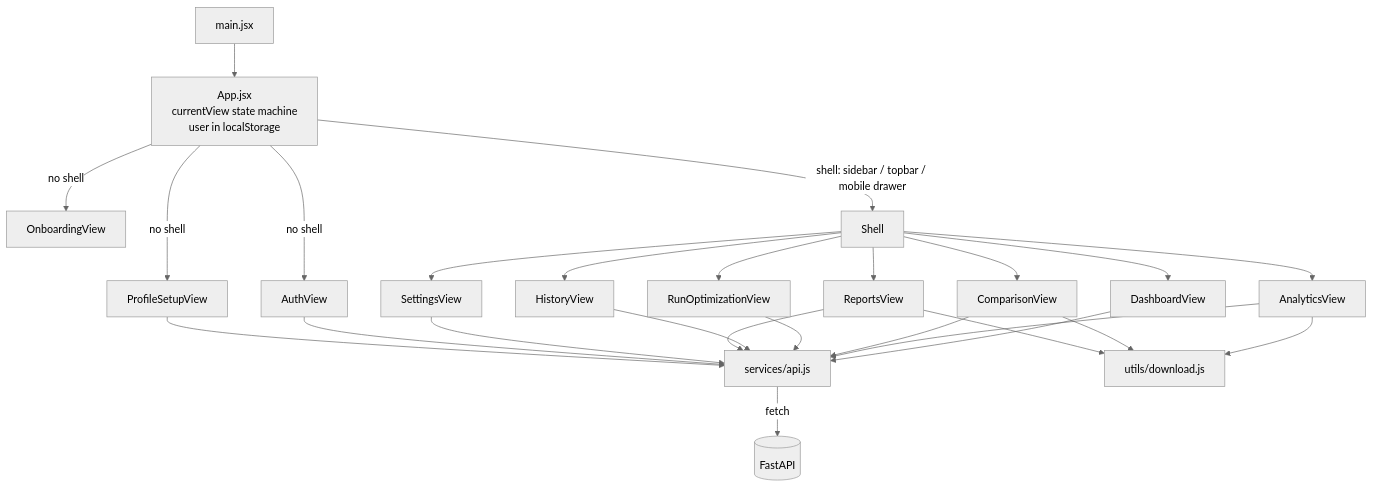
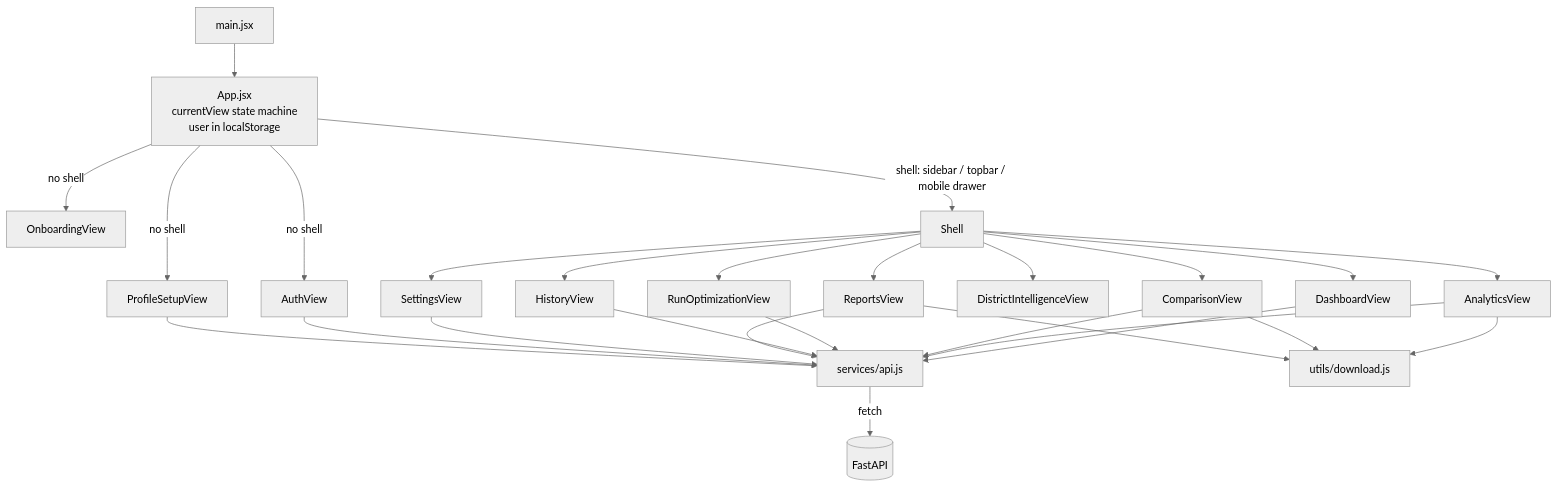
The fourth of 4 diagrams in docs/handbook/ARCHITECTURE.md (VamsiVarada-3632/AgroOptimize), drawn with Mermaid (neutral theme) before and after one commit. The commit also changed other lines of this file and 12 other files, not shown here.

First line of the commit message:
Document the District Intelligence Center

````diff
--- a/docs/handbook/ARCHITECTURE.md
+++ b/docs/handbook/ARCHITECTURE.md
@@ -108,19 +111,20 @@
 ```mermaid
 flowchart TB
     main[main.jsx] --> App
     App[App.jsx<br/>currentView state machine<br/>user in localStorage]
     App -->|no shell| Onb[OnboardingView]
     App -->|no shell| Auth[AuthView]
     App -->|no shell| Prof[ProfileSetupView]
     App -->|shell: sidebar / topbar / mobile drawer| Shell
     Shell --> Dash[DashboardView]
     Shell --> Ana[AnalyticsView]
     Shell --> Cmp[ComparisonView]
     Shell --> Run[RunOptimizationView]
+    Shell --> Dic[DistrictIntelligenceView]
     Shell --> Hist[HistoryView]
     Shell --> Rep[ReportsView]
     Shell --> Set[SettingsView]
     Dash & Ana & Cmp & Run & Hist & Rep & Set & Auth & Prof --> api[services/api.js]
     Ana & Cmp & Rep --> dl[utils/download.js]
     api -->|fetch| BE[(FastAPI)]
 ```
````
